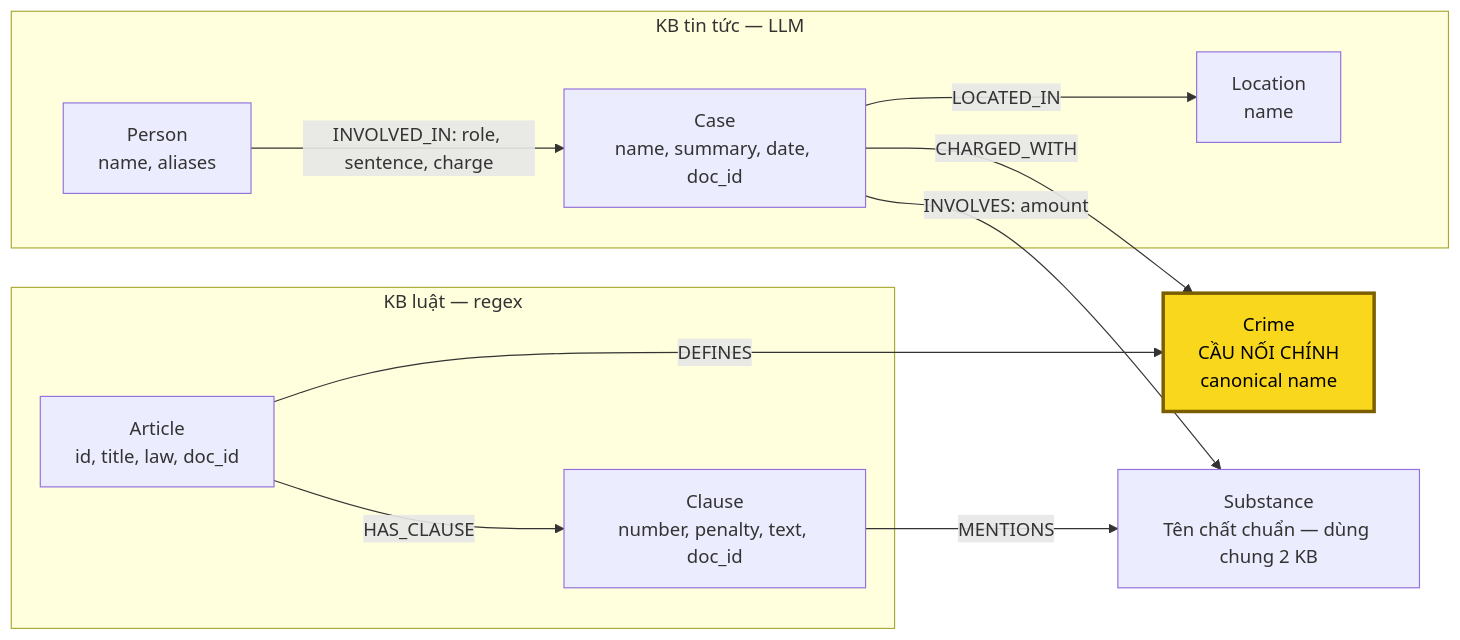
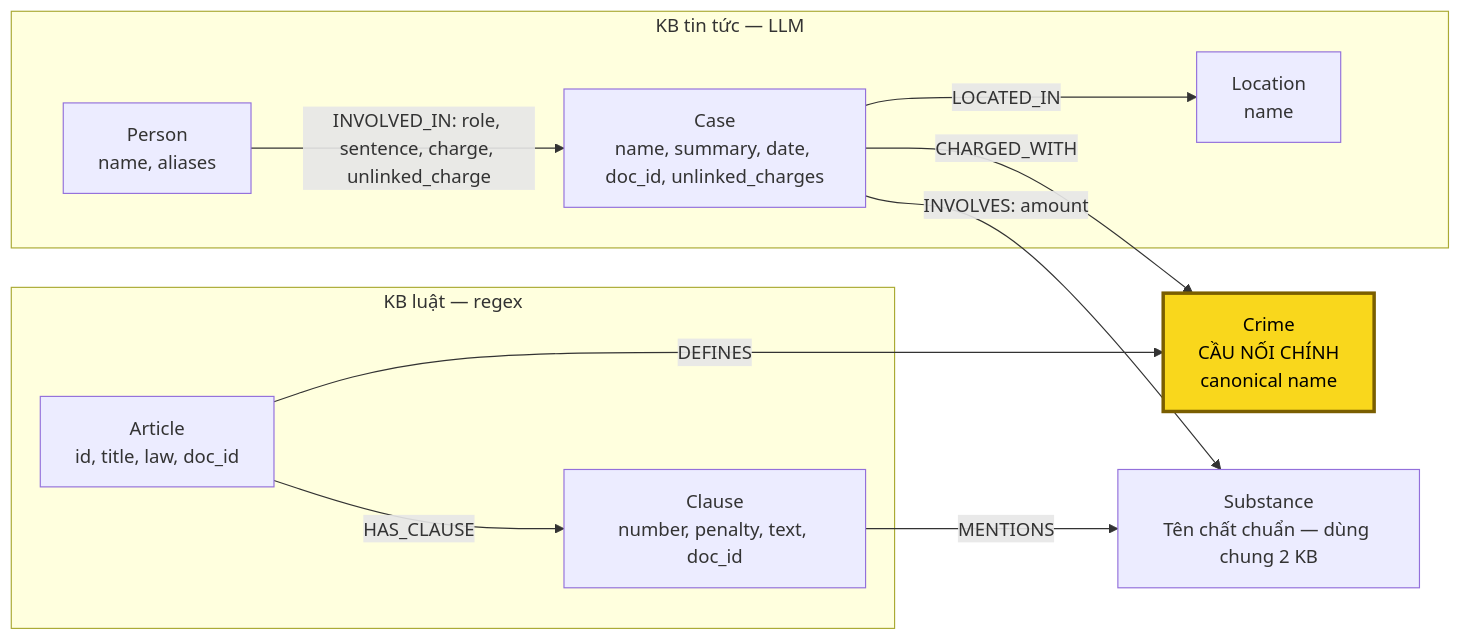
One commit to Neon310304/K4-DAY19-TranQuocVuong-2A202602522 changed the diagram in report/ONTOLOGY.md. Above: the diagram before and after it, drawn with Mermaid. The commit also changed other lines of this file and 9 other files, not shown here.

````diff
--- a/report/ONTOLOGY.md
+++ b/report/ONTOLOGY.md
@@ -37,23 +37,23 @@
 ```mermaid
 flowchart LR
     subgraph law_kb["KB luật — regex"]
         article["Article<br/>id, title, law, doc_id"]
         clause["Clause<br/>number, penalty, text, doc_id"]
         article -->|HAS_CLAUSE| clause
     end
     subgraph news_kb["KB tin tức — LLM"]
         person["Person<br/>name, aliases"]
-        case_node["Case<br/>name, summary, date, doc_id"]
+        case_node["Case<br/>name, summary, date, doc_id, unlinked_charges"]
         location["Location<br/>name"]
-        person -->|"INVOLVED_IN: role, sentence, charge"| case_node
+        person -->|"INVOLVED_IN: role, sentence, charge, unlinked_charge"| case_node
         case_node -->|LOCATED_IN| location
     end
     crime["Crime<br/>CẦU NỐI CHÍNH<br/>canonical name"]
     substance["Substance<br/>Tên chất chuẩn — dùng chung 2 KB"]
     article -->|DEFINES| crime
     case_node -->|CHARGED_WITH| crime
     clause -->|MENTIONS| substance
     case_node -->|"INVOLVES: amount"| substance
     classDef bridge fill:#f9d71c,color:#000,stroke:#7a5e00,stroke-width:3px;
     class crime bridge;
 ```
````
